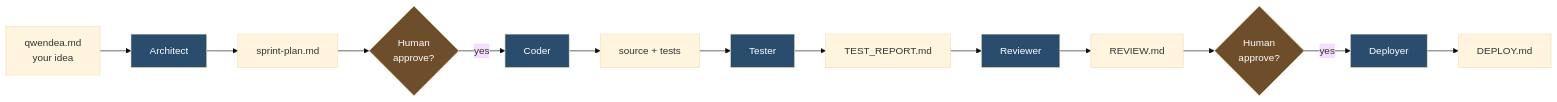
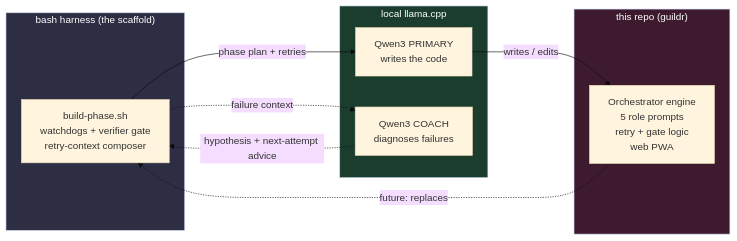
Before and after one commit to karolswdev/guildr: the third of 3 diagrams in README.md, drawn with Mermaid (base theme). The commit also changed other lines of this file, not shown here.

First line of the commit message:
docs(readme): lead with value, explain the qwendea → phase breakdown

````diff
--- a/README.md
+++ b/README.md
@@ -113,23 +230,25 @@
 ```mermaid
 flowchart LR
-    Q[qwendea.md<br/>your idea] --> A[Architect]
-    A --> SP[sprint-plan.md]
-    SP --> G1{Human<br/>approve?}
-    G1 -->|yes| C[Coder]
-    C --> Src[source + tests]
-    Src --> T[Tester]
-    T --> TR[TEST_REPORT.md]
-    TR --> R[Reviewer]
-    R --> RV[REVIEW.md]
-    RV --> G2{Human<br/>approve?}
-    G2 -->|yes| D[Deployer]
-    D --> DP[DEPLOY.md]
+    subgraph harness["bash harness (the scaffold)"]
+        BL[build-phase.sh<br/>watchdogs + verifier gate<br/>retry-context composer]
+    end
 
-    style A fill:#2a4d6e,color:#fff
-    style C fill:#2a4d6e,color:#fff
-    style T fill:#2a4d6e,color:#fff
-    style R fill:#2a4d6e,color:#fff
-    style D fill:#2a4d6e,color:#fff
-    style G1 fill:#6e4d2a,color:#fff
-    style G2 fill:#6e4d2a,color:#fff
+    subgraph models["local llama.cpp"]
+        P[Qwen3 PRIMARY<br/>writes the code]
+        C[Qwen3 COACH<br/>diagnoses failures]
+    end
+
+    subgraph product["this repo (guildr)"]
+        OR[Orchestrator engine<br/>5 role prompts<br/>retry + gate logic<br/>web PWA]
+    end
+
+    BL -->|phase plan + retries| P
+    BL -.->|failure context| C
+    C -.->|hypothesis + next-attempt advice| BL
+    P -->|writes / edits| OR
+    OR -.->|future: replaces| BL
+
+    style harness fill:#2d2d44,color:#fff
+    style models fill:#1a3d2e,color:#fff
+    style product fill:#3d1a2e,color:#fff
 ```
````
